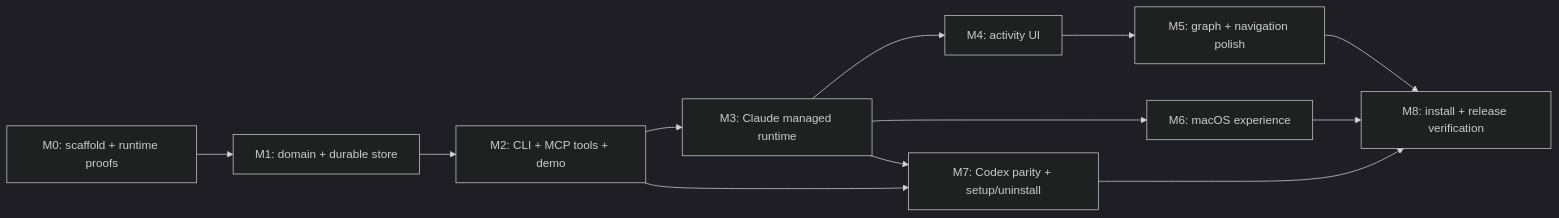
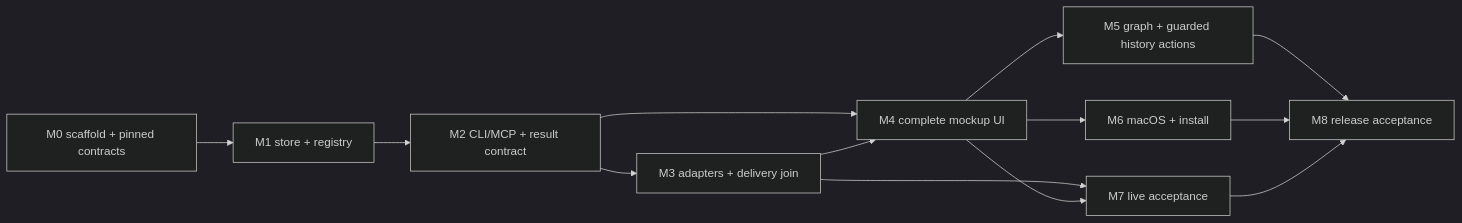
The diagram in docs/planning/ROADMAP.md (kartiksayani/ariadne), drawn with Mermaid (dark theme) before and after one commit. The commit also changed other lines of this file and 52 other files, not shown here.

````diff
--- a/docs/planning/ROADMAP.md
+++ b/docs/planning/ROADMAP.md
@@ -7,14 +55,15 @@
 ```mermaid
 flowchart LR
-    M0[M0: scaffold + runtime proofs] --> M1[M1: domain + durable store]
-    M1 --> M2[M2: CLI + MCP tools + demo]
-    M2 --> M3[M3: Claude managed runtime]
-    M3 --> M4[M4: activity UI]
-    M4 --> M5[M5: graph + navigation polish]
-    M3 --> M6[M6: macOS experience]
-    M2 --> M7[M7: Codex parity + setup/uninstall]
-    M3 --> M7
-    M5 --> M8[M8: install + release verification]
+    M0[M0 scaffold + pinned contracts] --> M1[M1 store + registry]
+    M1 --> M2[M2 CLI/MCP + result contract]
+    M2 --> M3[M3 adapters + delivery join]
+    M2 --> M4[M4 complete mockup UI]
+    M3 --> M4
+    M4 --> M5[M5 graph + guarded history actions]
+    M4 --> M6[M6 macOS + install]
+    M3 --> M7[M7 live acceptance]
+    M4 --> M7
+    M5 --> M8[M8 release acceptance]
     M6 --> M8
     M7 --> M8
 ```
````
